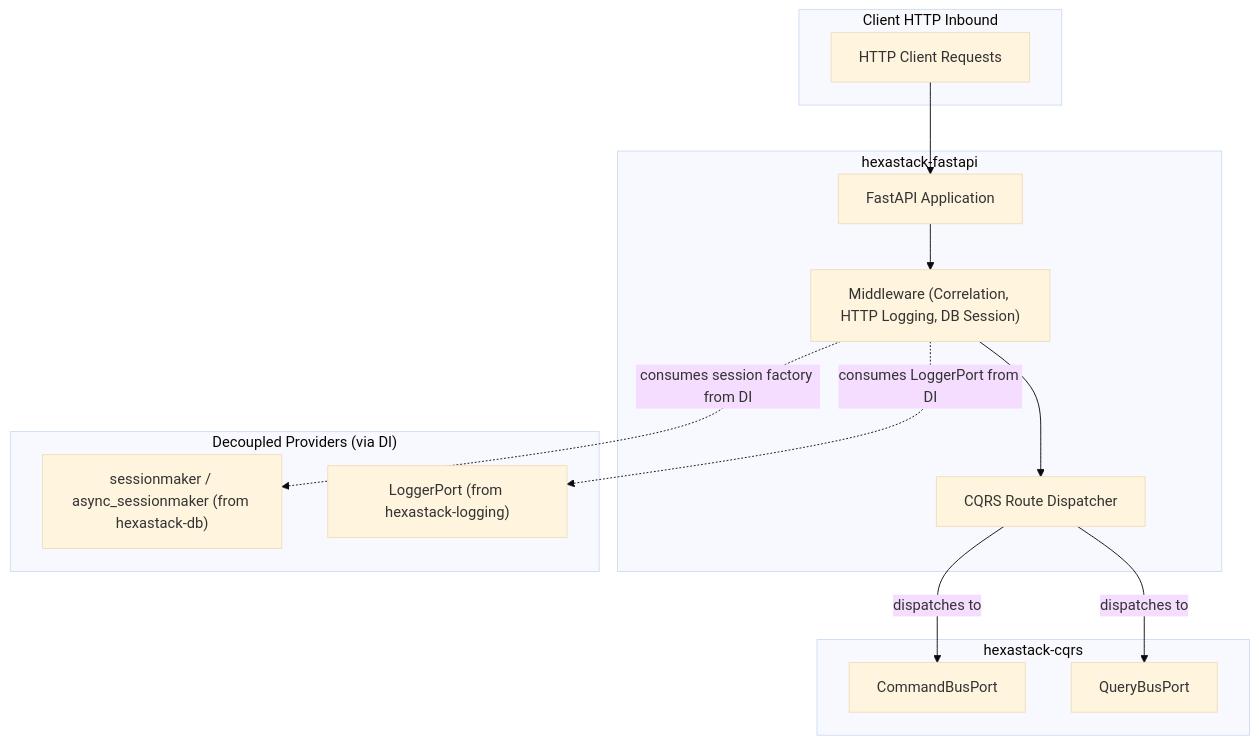
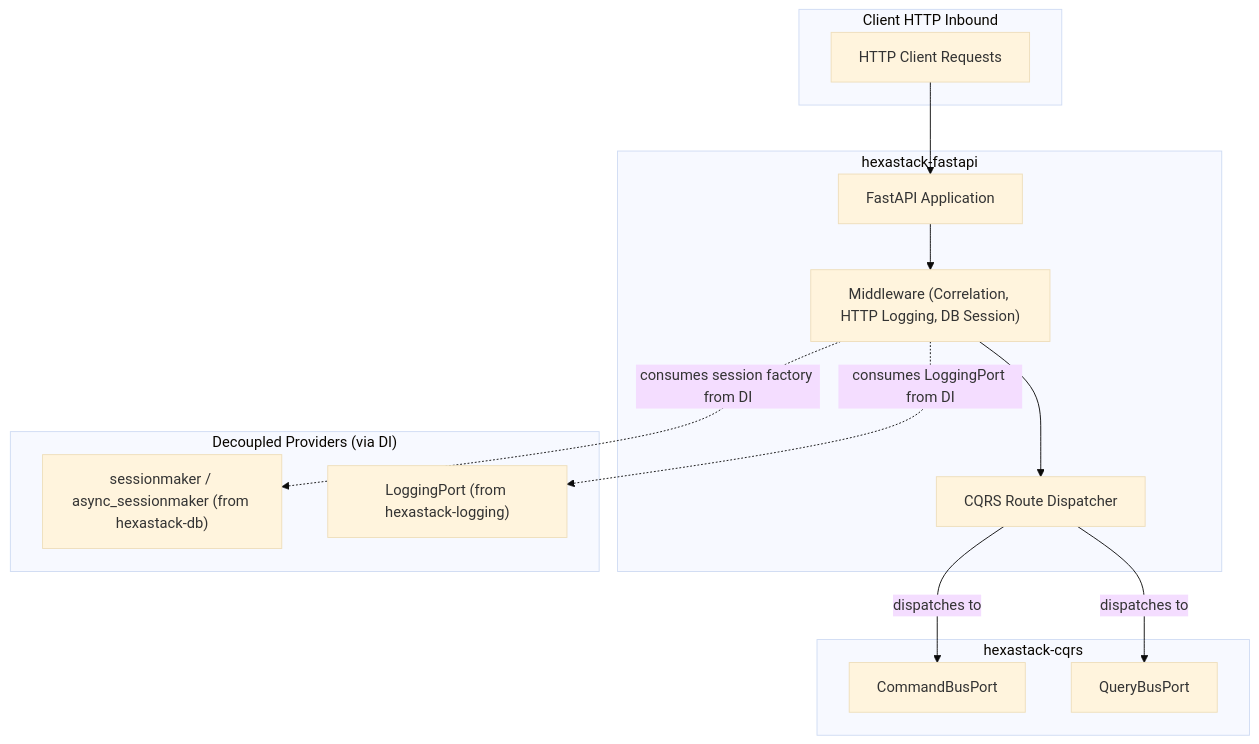
The diagram in packages/hexastack_fastapi/README.md (TheTrueSCU/hexastack), drawn with Mermaid (base theme) before and after one commit. The commit also changed other lines of this file and 34 other files, not shown here.

````diff
--- a/packages/hexastack_fastapi/README.md
+++ b/packages/hexastack_fastapi/README.md
@@ -65,31 +64,31 @@
 ```mermaid
 graph TD
     subgraph ClientRequests ["Client HTTP Inbound"]
         HTTP["HTTP Client Requests"]
     end
 
     subgraph FastApiLayer ["hexastack-fastapi"]
         APP["FastAPI Application"]
         MW["Middleware (Correlation, HTTP Logging, DB Session)"]
         ROUTER["CQRS Route Dispatcher"]
     end
 
     subgraph CQRSExecution ["hexastack-cqrs"]
         CBUS["CommandBusPort"]
         QBUS["QueryBusPort"]
     end
 
     subgraph DecoupledProviders ["Decoupled Providers (via DI)"]
         DB_FACTORY["sessionmaker / async_sessionmaker (from hexastack-db)"]
-        LOG_PORT["LoggerPort (from hexastack-logging)"]
+        LOG_PORT["LoggingPort (from hexastack-logging)"]
     end
 
     HTTP --> APP
     APP --> MW
     MW --> ROUTER
     ROUTER -->|dispatches to| CBUS
     ROUTER -->|dispatches to| QBUS
 
     MW -. consumes session factory from DI .-> DB_FACTORY
-    MW -. consumes LoggerPort from DI .-> LOG_PORT
+    MW -. consumes LoggingPort from DI .-> LOG_PORT
 ```
````
